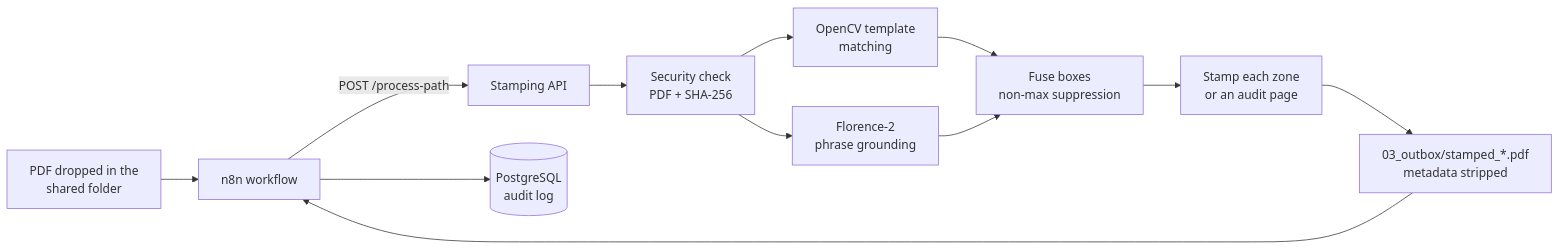
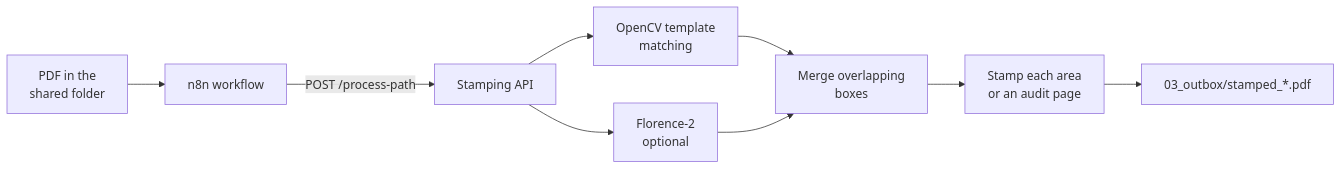
One commit to Mohammad-Kamal23/n8n-sign-project changed the diagram in README.md. Above: the diagram before and after it, drawn with Mermaid. The commit also changed other lines of this file and 8 other files, not shown here.

Commit message:
Light default image (template matching) so the API runs on Render; Florence-2 optional

````diff
--- a/README.md
+++ b/README.md
@@ -14,14 +14,11 @@
 ```mermaid
 flowchart LR
-    A[PDF dropped in the<br/>shared folder] --> B[n8n workflow]
+    A[PDF in the<br/>shared folder] --> B[n8n workflow]
     B -- POST /process-path --> C[Stamping API]
-    C --> D[Security check<br/>PDF + SHA-256]
-    D --> E1[OpenCV template<br/>matching]
-    D --> E2[Florence-2<br/>phrase grounding]
-    E1 --> F[Fuse boxes<br/>non-max suppression]
+    C --> E1[OpenCV template<br/>matching]
+    C --> E2[Florence-2<br/>optional]
+    E1 --> F[Merge overlapping<br/>boxes]
     E2 --> F
-    F --> G[Stamp each zone<br/>or an audit page]
-    G --> H[03_outbox/stamped_*.pdf<br/>metadata stripped]
-    H --> B
-    B --> I[(PostgreSQL<br/>audit log)]
+    F --> G[Stamp each area<br/>or an audit page]
+    G --> H[03_outbox/stamped_*.pdf]
 ```
````
